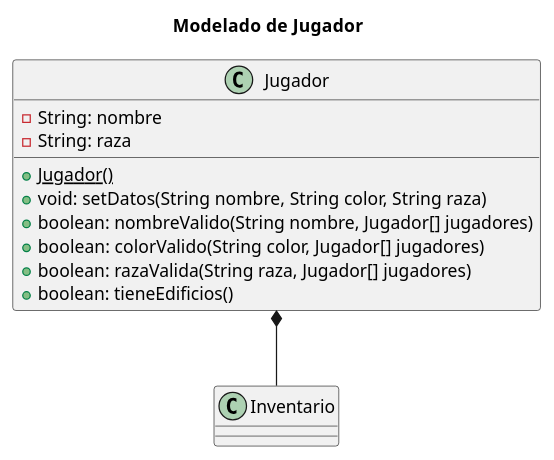
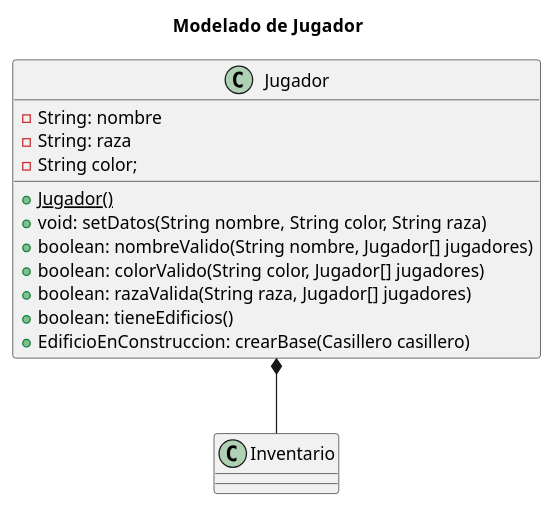
The diagram in diagrams/classes/Jugador.puml (m-cabrerar/AlgoStar), drawn with PlantUML before and after one commit.

```diff
--- a/diagrams/classes/Jugador.puml
+++ b/diagrams/classes/Jugador.puml
@@ -1,21 +1,23 @@
 @startuml
 'https://plantuml.com/class-diagram
 
 title Modelado de  Jugador
 
 class Jugador {
     -String: nombre
     -String: raza
+    -String color;
 
     +<u>Jugador()
     +void: setDatos(String nombre, String color, String raza)
     +boolean: nombreValido(String nombre, Jugador[] jugadores)
     +boolean: colorValido(String color, Jugador[] jugadores)
     +boolean: razaValida(String raza, Jugador[] jugadores)
     +boolean: tieneEdificios()
+    + EdificioEnConstruccion: crearBase(Casillero casillero)
 
 }
 
 Jugador *-- Inventario
 
 @enduml
```
